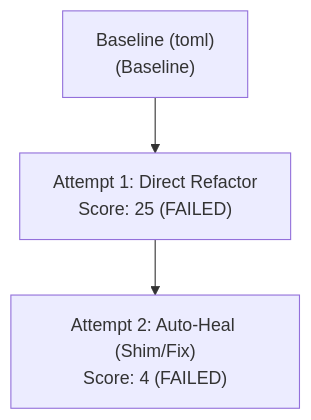
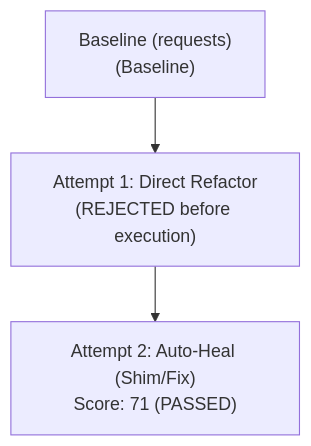
Before and after one commit to Aarya-2601/H26_Heckers_Kavach: the diagram in CAPSULE.md, drawn with Mermaid. The commit also changed other lines of this file and 13 other files, not shown here.

````diff
--- a/CAPSULE.md
+++ b/CAPSULE.md
@@ -16,10 +16,10 @@
 ```mermaid
 graph TD
-    node_0["Baseline (toml)<br/>(Baseline)"]
-    node_1["Attempt 1: Direct Refactor<br/>Score: 25 (FAILED)"]
+    node_0["Baseline (requests)<br/>(Baseline)"]
+    node_1["Attempt 1: Direct Refactor<br/>(REJECTED before execution)"]
     node_0 --> node_1
-    node_2["Attempt 2: Auto-Heal (Shim/Fix)<br/>Score: 4 (FAILED)"]
+    node_2["Attempt 2: Auto-Heal (Shim/Fix)<br/>Score: 71 (PASSED)"]
     node_1 --> node_2
     classDef passed fill:#2ea44f,stroke:#22863a,color:#fff;
     classDef failed fill:#cb2431,stroke:#b31d28,color:#fff;
 ```
````
